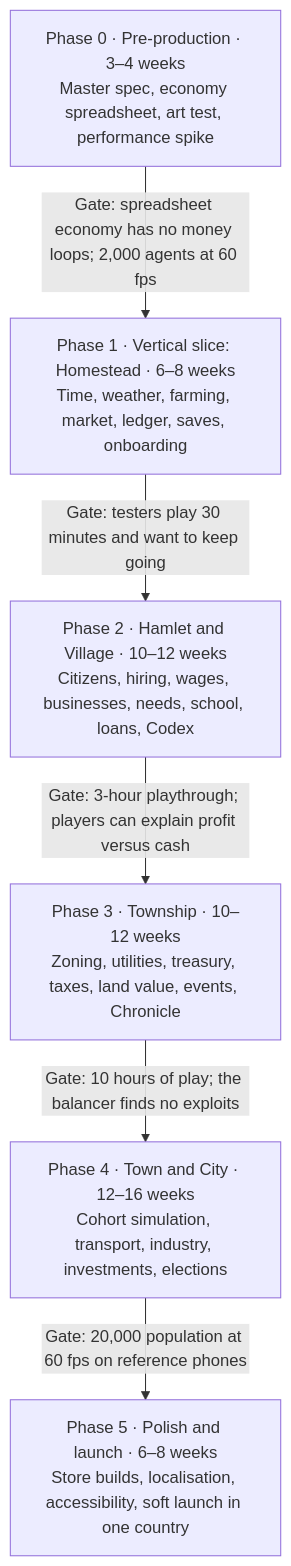
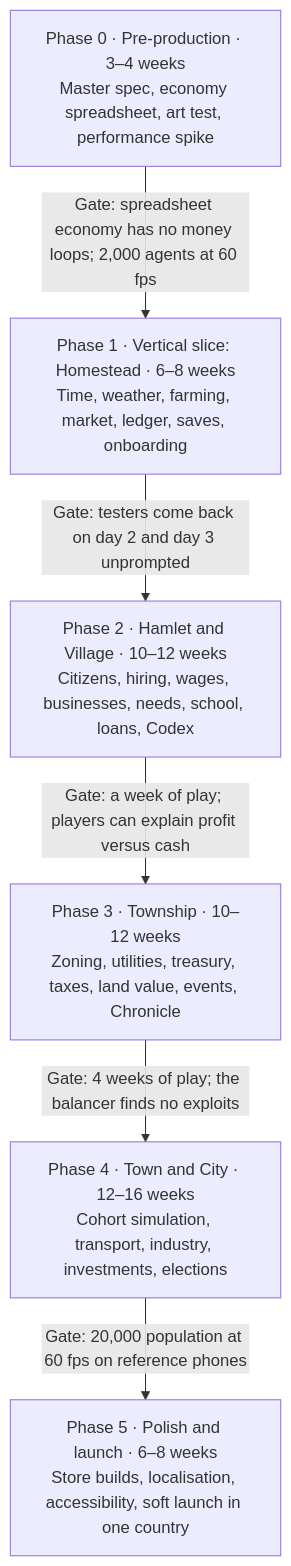
One commit to patel-keyur-18/farm-to-city changed the second of 2 diagrams in docs/GDD.md. Above: the diagram before and after it, drawn with Mermaid. The commit also changed other lines of this file and 1 other file, not shown here.

````diff
--- a/docs/GDD.md
+++ b/docs/GDD.md
@@ -844,15 +877,15 @@
 ```mermaid
 flowchart TB
     P0["Phase 0 · Pre-production · 3–4 weeks<br/>Master spec, economy spreadsheet, art test, performance spike"]
     P1["Phase 1 · Vertical slice: Homestead · 6–8 weeks<br/>Time, weather, farming, market, ledger, saves, onboarding"]
     P2["Phase 2 · Hamlet and Village · 10–12 weeks<br/>Citizens, hiring, wages, businesses, needs, school, loans, Codex"]
     P3["Phase 3 · Township · 10–12 weeks<br/>Zoning, utilities, treasury, taxes, land value, events, Chronicle"]
     P4["Phase 4 · Town and City · 12–16 weeks<br/>Cohort simulation, transport, industry, investments, elections"]
     P5["Phase 5 · Polish and launch · 6–8 weeks<br/>Store builds, localisation, accessibility, soft launch in one country"]
 
     P0 -->|"Gate: spreadsheet economy has no money loops; 2,000 agents at 60 fps"| P1
-    P1 -->|"Gate: testers play 30 minutes and want to keep going"| P2
-    P2 -->|"Gate: 3-hour playthrough; players can explain profit versus cash"| P3
-    P3 -->|"Gate: 10 hours of play; the balancer finds no exploits"| P4
+    P1 -->|"Gate: testers come back on day 2 and day 3 unprompted"| P2
+    P2 -->|"Gate: a week of play; players can explain profit versus cash"| P3
+    P3 -->|"Gate: 4 weeks of play; the balancer finds no exploits"| P4
     P4 -->|"Gate: 20,000 population at 60 fps on reference phones"| P5
 ```
````
